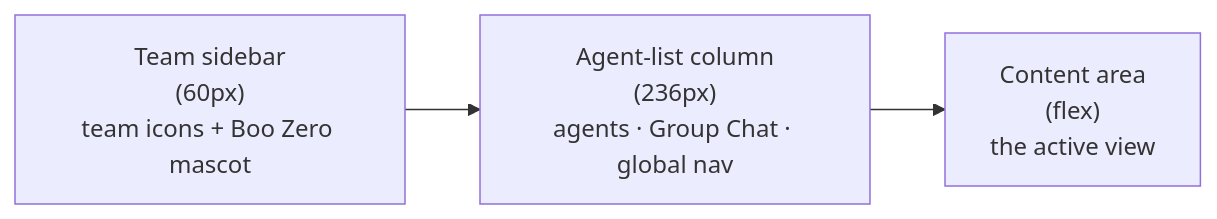
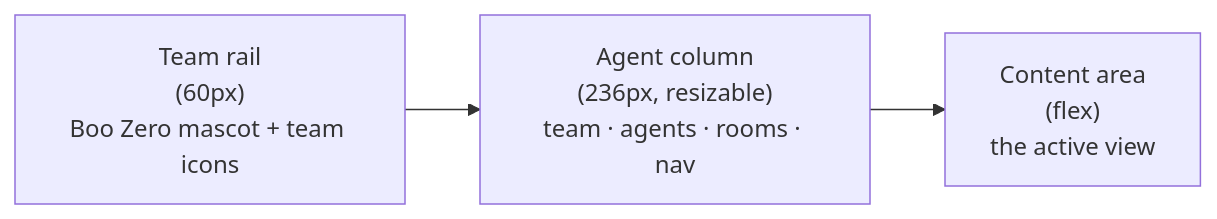
The diagram in docs/getting-started/dashboard-tour.md (clawboo/clawboo), drawn with Mermaid before and after one commit. The commit also changed other lines of this file and 52 other files, not shown here.

````diff
--- a/docs/getting-started/dashboard-tour.md
+++ b/docs/getting-started/dashboard-tour.md
@@ -14,7 +14,7 @@
 ```mermaid
 flowchart LR
-    A["Team sidebar<br/>(60px)<br/>team icons + Boo Zero mascot"]
-    B["Agent-list column<br/>(236px)<br/>agents · Group Chat · global nav"]
+    A["Team rail<br/>(60px)<br/>Boo Zero mascot + team icons"]
+    B["Agent column<br/>(236px, resizable)<br/>team · agents · rooms · nav"]
     C["Content area<br/>(flex)<br/>the active view"]
     A --> B --> C
 ```
````
